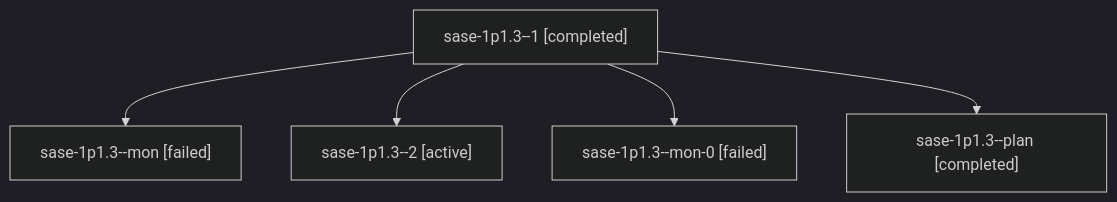
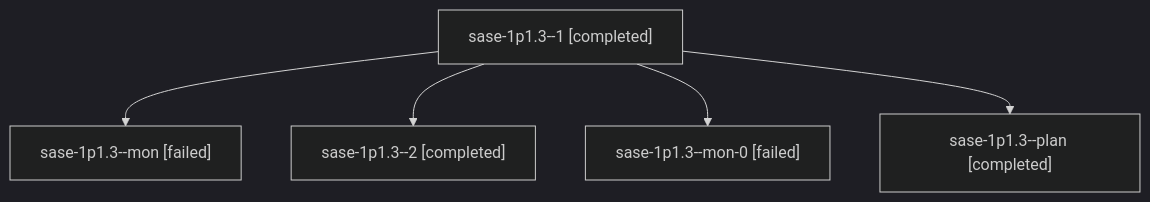
Before and after one commit to sase-org/sase--agents: the diagram in sessions/bbugyi200.athena.sase-1p1.3.md, drawn with Mermaid (dark theme). The commit also changed other lines of this file and 66 other files, not shown here.

````diff
--- a/sessions/bbugyi200.athena.sase-1p1.3.md
+++ b/sessions/bbugyi200.athena.sase-1p1.3.md
@@ -9,12 +9,12 @@
 ```mermaid
 flowchart TD
   n0["sase-1p1.3--1 [completed]"]
   n1["sase-1p1.3--mon [failed]"]
   n0 --> n1
-  n2["sase-1p1.3--2 [active]"]
+  n2["sase-1p1.3--2 [completed]"]
   n0 --> n2
   n3["sase-1p1.3--mon-0 [failed]"]
   n0 --> n3
   n4["sase-1p1.3--plan [completed]"]
   n0 --> n4
 ```
````
